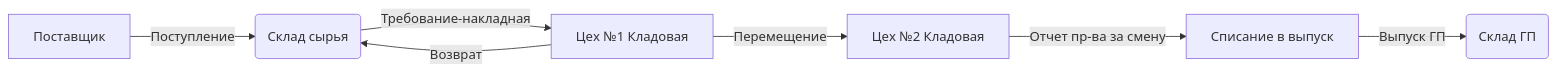
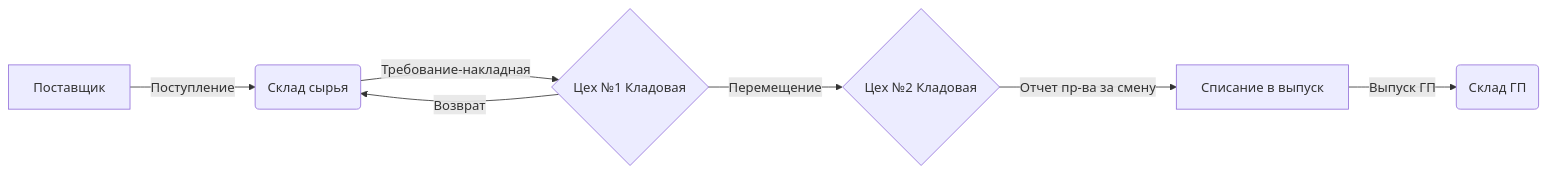
The diagram in 1c_algoritm/05_warehouse_materials.md (andrzejabramov/integration_1c_unf), drawn with Mermaid before and after one commit.

````diff
--- a/1c_algoritm/05_warehouse_materials.md
+++ b/1c_algoritm/05_warehouse_materials.md
@@ -44,9 +44,9 @@
 ```mermaid
 graph LR
     A[Поставщик] -->|Поступление | B(Склад сырья)
-    B -->|Требование-накладная | C[Цех №1 Кладовая]
-    C -->|Перемещение | D[Цех №2 Кладовая]
+    B -->|Требование-накладная | C{Цех №1 Кладовая}
+    C -->|Перемещение | D{Цех №2 Кладовая}
     C -->|Возврат | B
     D -->|Отчет пр-ва за смену | E[Списание в выпуск]
     E -->|Выпуск ГП | F(Склад ГП)
 ```
````
